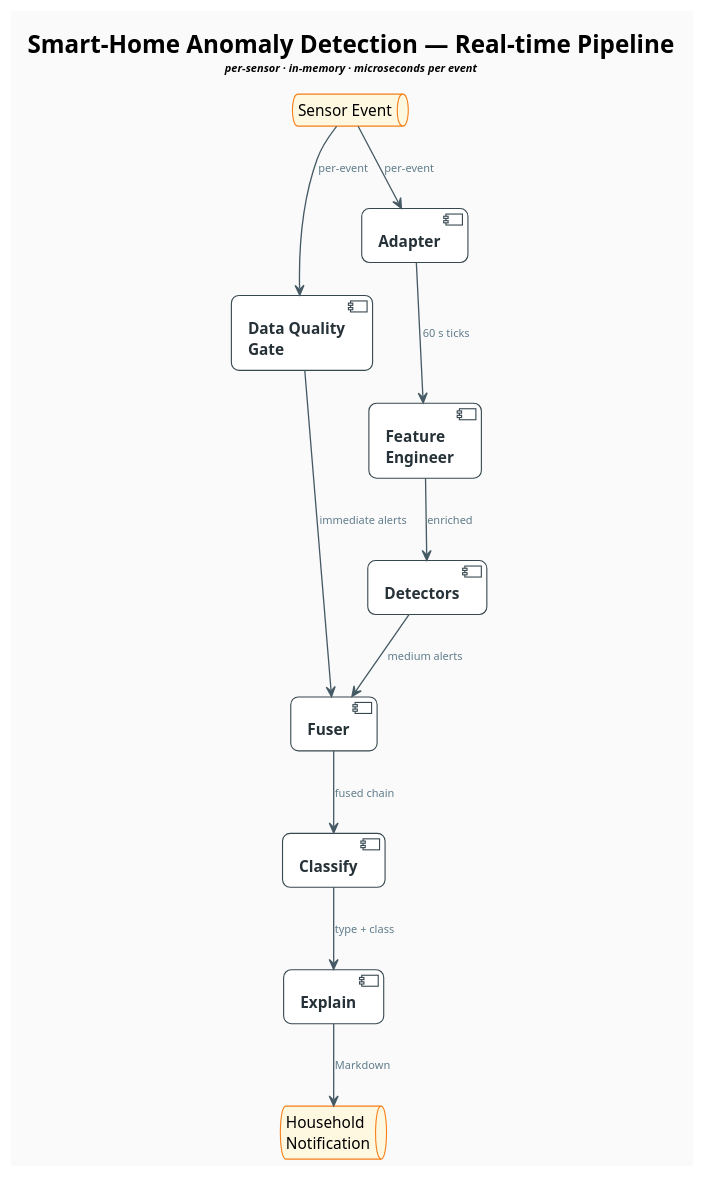
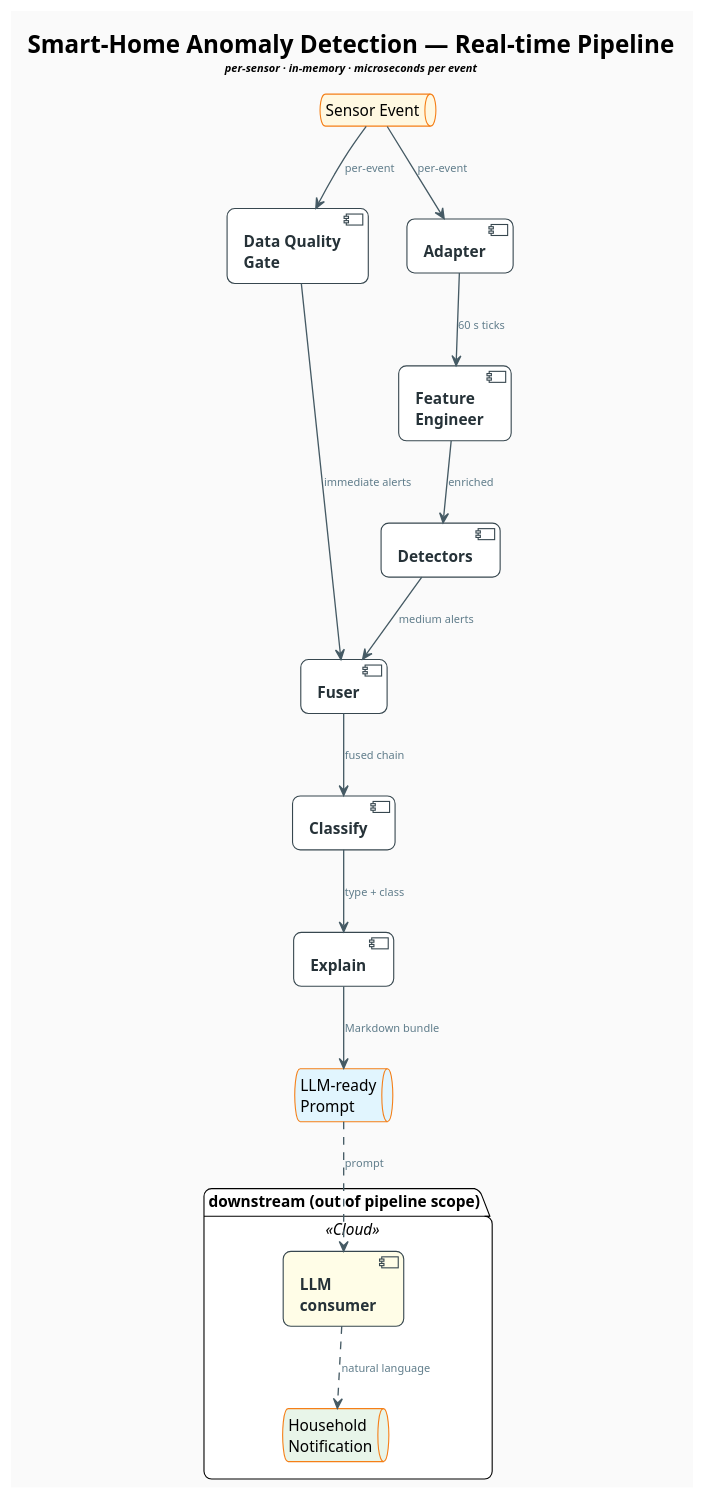
The diagram in pipeline_visuals.md (salt-n-ice/anomaly-detection), drawn with PlantUML before and after one commit. The commit also changed other lines of this file, not shown here.

Commit message:
docs(temp): pipeline ends at LLM prompt, not household notification
The Explain stage's terminal output is the LLM-ready Markdown
prompt — the household notification is what the LLM produces from
that prompt and sits downstream of the pipeline boundary. Diagram
now terminates the pipeline lane at "LLM-ready Prompt" and shows
the downstream LLM + Notification inside an explicit
"out of pipeline scope" cloud package with dotted handoff arrows.
Table's Explain output row updated to match.

````diff
--- a/pipeline_visuals.md
+++ b/pipeline_visuals.md
@@ -28,42 +28,51 @@
 ```plantuml
 @startuml realtime_pipeline
 !theme plain
 
 skinparam backgroundColor #FAFAFA
 skinparam shadowing false
 skinparam roundCorner 14
 skinparam DefaultFontName "Segoe UI"
 skinparam ArrowColor #455A64
 skinparam ArrowFontColor #607D8B
 skinparam ArrowFontSize 10
 skinparam ArrowThickness 1.2
 skinparam ComponentBackgroundColor #FFFFFF
 skinparam ComponentBorderColor #37474F
 skinparam ComponentFontColor #263238
 skinparam ComponentFontStyle bold
 skinparam QueueBackgroundColor #FFF8E1
 skinparam QueueBorderColor #F57F17
 
 title <b>Smart-Home Anomaly Detection — Real-time Pipeline</b>\n<size:10><i>per-sensor · in-memory · microseconds per event</i></size>
 
-queue       "Sensor Event"           as Event
-component   "Data Quality\nGate"      as DQG
-component   "Adapter"                 as Adapter
-component   "Feature\nEngineer"       as FE
-component   "Detectors"               as Det
-component   "Fuser"                   as Fuser
-component   "Classify"                as Classify
-component   "Explain"                 as Explain
-queue       "Household\nNotification" as Out
+queue       "Sensor Event"      as Event
+component   "Data Quality\nGate" as DQG
+component   "Adapter"            as Adapter
+component   "Feature\nEngineer"  as FE
+component   "Detectors"          as Det
+component   "Fuser"              as Fuser
+component   "Classify"           as Classify
+component   "Explain"            as Explain
+queue       "LLM-ready\nPrompt"  as Prompt #E1F5FE
+
+' --- pipeline boundary ends at the prompt ---
+' Downstream LLM + user-facing notification are external consumers.
+package "downstream (out of pipeline scope)" <<Cloud>> {
+  component "LLM\nconsumer"           as LLM #FFFDE7
+  queue     "Household\nNotification" as Out #E8F5E9
+}
 
 Event    --> DQG       : per-event
 Event    --> Adapter   : per-event
 Adapter  --> FE        : 60 s ticks
 FE       --> Det       : enriched
 Det      --> Fuser     : medium alerts
 DQG      --> Fuser     : immediate alerts
 Fuser    --> Classify  : fused chain
 Classify --> Explain   : type + class
-Explain  --> Out       : Markdown
+Explain  --> Prompt    : Markdown bundle
+Prompt  ..> LLM        : prompt
+LLM     ..> Out        : natural language
 @enduml
 ```
````
